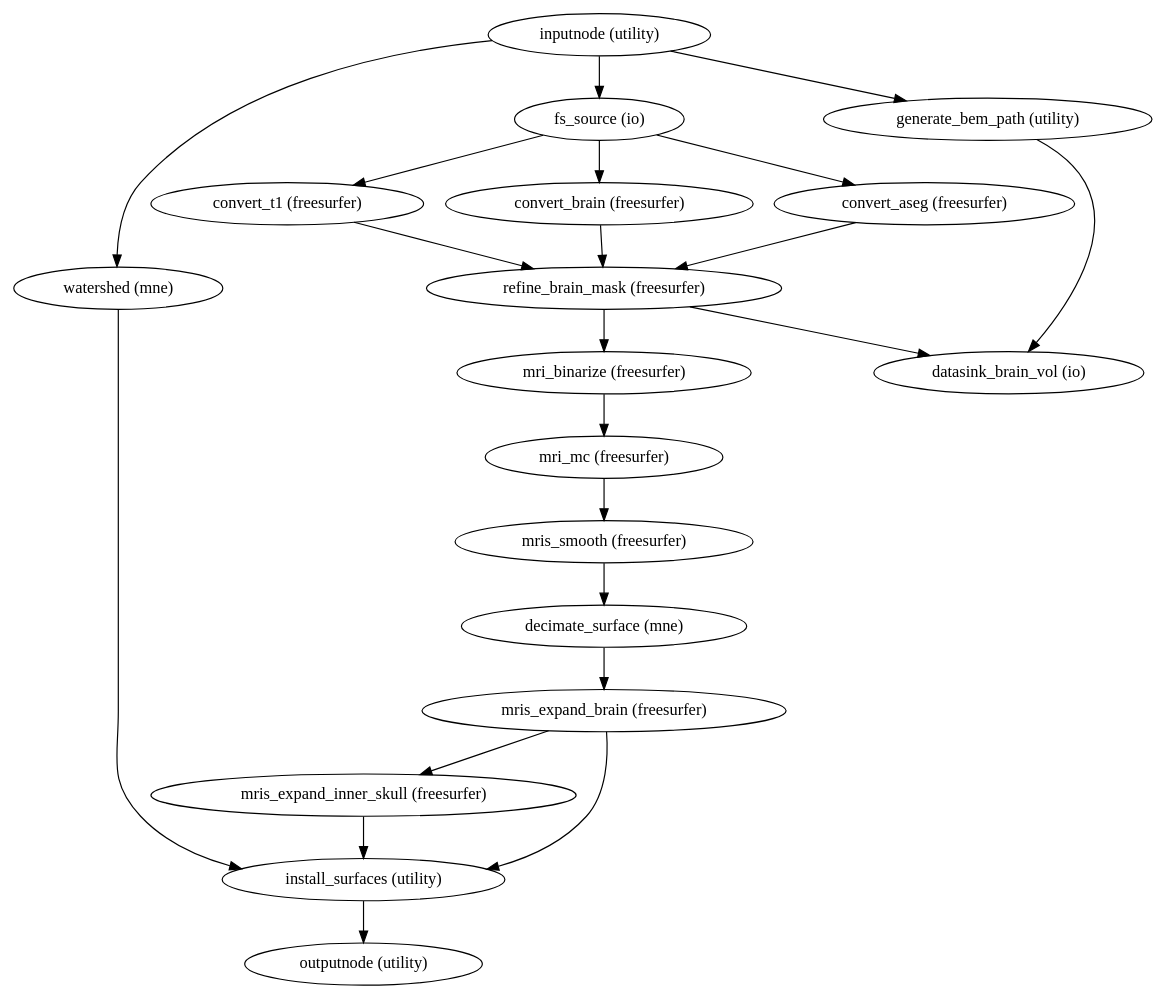
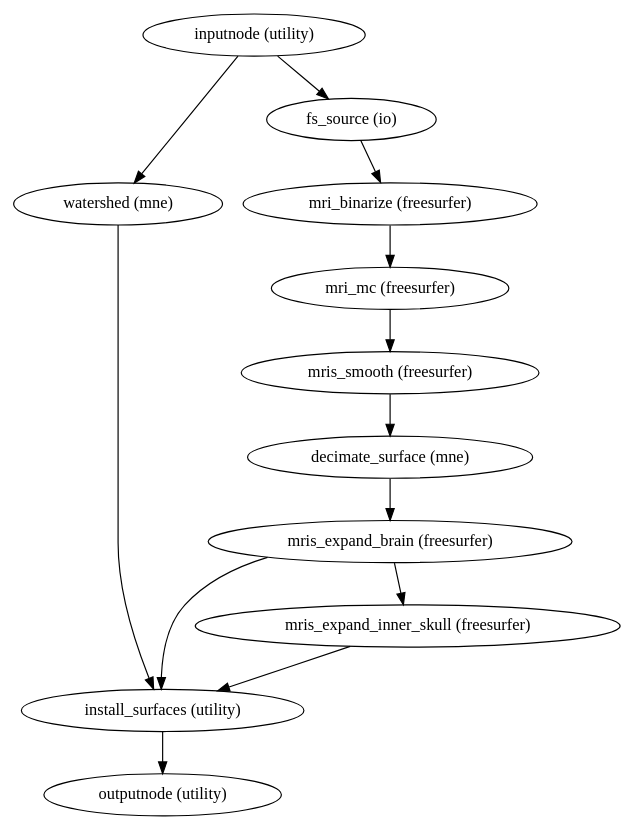
Before and after one commit to vferat/meeg-pipelines: the diagram in pr-preview/pr-9/wf_directive/api/refined_bem_workflow/meegpype-workflows-anat-bem-2.dot, drawn with Graphviz. The commit also changed 54 other files, not shown here.

```diff
--- a/pr-preview/pr-9/wf_directive/api/refined_bem_workflow/meegpype-workflows-anat-bem-2.dot
+++ b/pr-preview/pr-9/wf_directive/api/refined_bem_workflow/meegpype-workflows-anat-bem-2.dot
@@ -1,40 +1,25 @@
 strict digraph {
 "install_surfaces (utility)";
 "outputnode (utility)";
 "inputnode (utility)";
+"watershed (mne)";
 "fs_source (io)";
-"watershed (mne)";
-"generate_bem_path (utility)";
-"convert_aseg (freesurfer)";
-"convert_t1 (freesurfer)";
-"convert_brain (freesurfer)";
-"refine_brain_mask (freesurfer)";
 "mri_binarize (freesurfer)";
-"datasink_brain_vol (io)";
 "mri_mc (freesurfer)";
 "mris_smooth (freesurfer)";
 "decimate_surface (mne)";
 "mris_expand_brain (freesurfer)";
 "mris_expand_inner_skull (freesurfer)";
 "install_surfaces (utility)" -> "outputnode (utility)";
+"inputnode (utility)" -> "watershed (mne)";
 "inputnode (utility)" -> "fs_source (io)";
-"inputnode (utility)" -> "watershed (mne)";
-"inputnode (utility)" -> "generate_bem_path (utility)";
-"fs_source (io)" -> "convert_aseg (freesurfer)";
-"fs_source (io)" -> "convert_t1 (freesurfer)";
-"fs_source (io)" -> "convert_brain (freesurfer)";
 "watershed (mne)" -> "install_surfaces (utility)";
-"generate_bem_path (utility)" -> "datasink_brain_vol (io)";
-"convert_aseg (freesurfer)" -> "refine_brain_mask (freesurfer)";
-"convert_t1 (freesurfer)" -> "refine_brain_mask (freesurfer)";
-"convert_brain (freesurfer)" -> "refine_brain_mask (freesurfer)";
-"refine_brain_mask (freesurfer)" -> "mri_binarize (freesurfer)";
-"refine_brain_mask (freesurfer)" -> "datasink_brain_vol (io)";
+"fs_source (io)" -> "mri_binarize (freesurfer)";
 "mri_binarize (freesurfer)" -> "mri_mc (freesurfer)";
 "mri_mc (freesurfer)" -> "mris_smooth (freesurfer)";
 "mris_smooth (freesurfer)" -> "decimate_surface (mne)";
 "decimate_surface (mne)" -> "mris_expand_brain (freesurfer)";
 "mris_expand_brain (freesurfer)" -> "mris_expand_inner_skull (freesurfer)";
 "mris_expand_brain (freesurfer)" -> "install_surfaces (utility)";
 "mris_expand_inner_skull (freesurfer)" -> "install_surfaces (utility)";
 }
```
